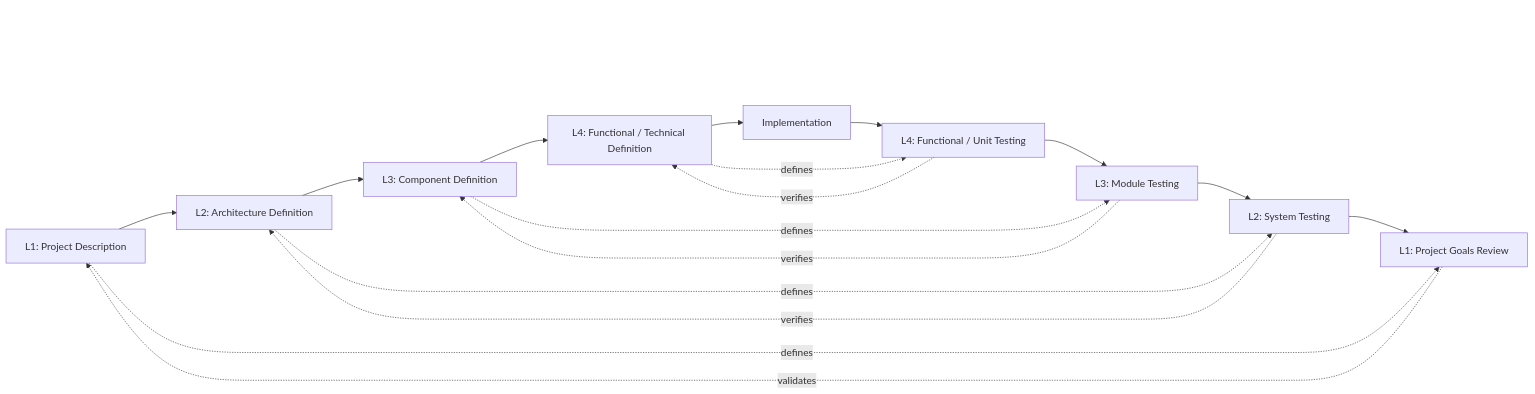
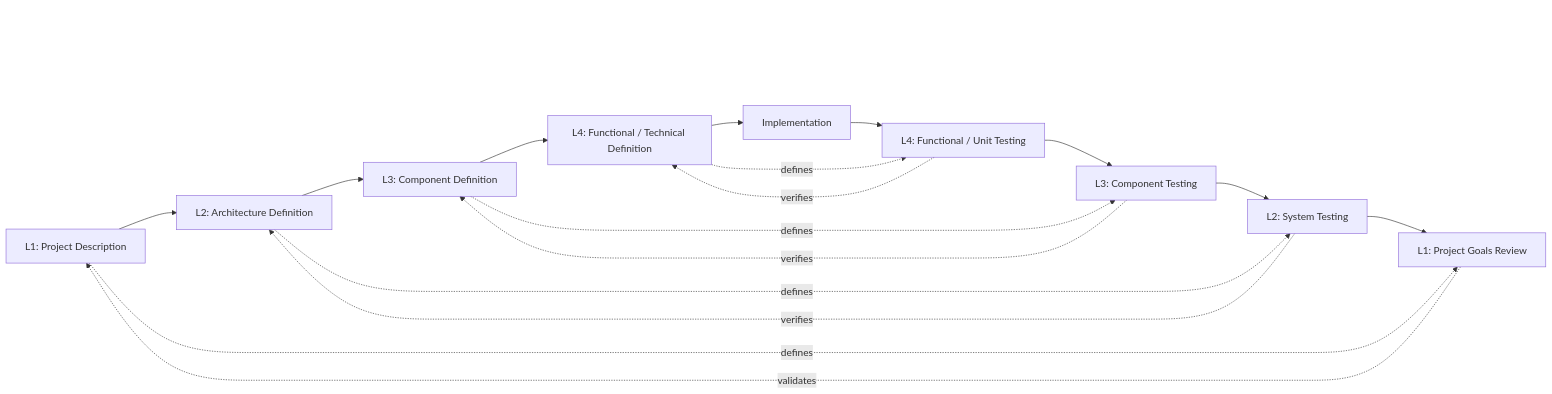
Before and after one commit to RandyF/lightweight-development-process: the first of 2 diagrams in v_model_process/V-Cycle for Lightweight Development.md, drawn with Mermaid. The commit also changed other lines of this file and 5 other files, not shown here.

````diff
--- a/v_model_process/V-Cycle for Lightweight Development.md
+++ b/v_model_process/V-Cycle for Lightweight Development.md
@@ -18,41 +18,41 @@
 ```mermaid
 flowchart LR
 
     PD["L1: Project Description"]
     PT["L1: Project Goals Review"]
 
     AD["L2: Architecture Definition"]
     ST["L2: System Testing"]
 
     CD["L3: Component Definition"]
-    MT["L3: Module Testing"]
+    CT["L3: Component Testing"]
 
     FD["L4: Functional / Technical Definition"]
     UT["L4: Functional / Unit Testing"]
 
     IMP["Implementation"]
 
     PD ~~~ PT
     AD ~~~ ST
-    CD ~~~ MT
+    CD ~~~ CT
     FD ~~~ UT
 
     PD --> AD
     AD --> CD
     CD --> FD
     FD --> IMP
     IMP --> UT
-    UT --> MT
-    MT --> ST
+    UT --> CT
+    CT --> ST
     ST --> PT
 
     PT -. "validates" .-> PD
     ST -. "verifies" .-> AD
-    MT -. "verifies" .-> CD
+    CT -. "verifies" .-> CD
     UT -. "verifies" .-> FD
 
     PD -. "defines" .-> PT
     AD -. "defines" .-> ST
-    CD -. "defines" .-> MT
+    CD -. "defines" .-> CT
     FD -. "defines" .-> UT
 ```
````
